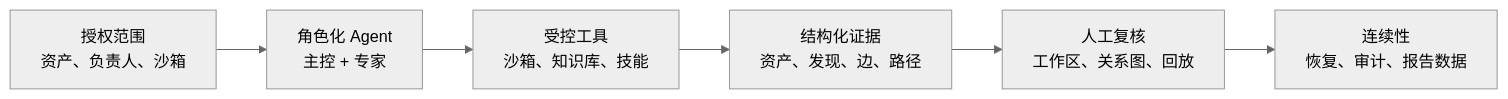
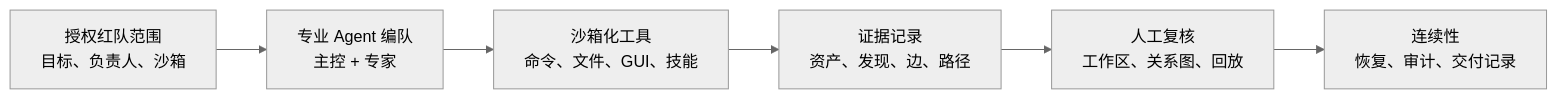
Before and after one commit to MolTau9527/Z3r0: the second of 7 diagrams in README_zh.md, drawn with Mermaid (neutral theme). The commit also changed other lines of this file and 4 other files, not shown here.

````diff
--- a/README_zh.md
+++ b/README_zh.md
@@ -85,8 +87,8 @@
 ```mermaid
 flowchart LR
-  Scope["授权范围<br/>资产、负责人、沙箱"] --> Agents["角色化 Agent<br/>主控 + 专家"]
-  Agents --> Tools["受控工具<br/>沙箱、知识库、技能"]
-  Tools --> Evidence["结构化证据<br/>资产、发现、边、路径"]
+  Scope["授权红队范围<br/>目标、负责人、沙箱"] --> Agents["专业 Agent 编队<br/>主控 + 专家"]
+  Agents --> Tools["沙箱化工具<br/>命令、文件、GUI、技能"]
+  Tools --> Evidence["证据记录<br/>资产、发现、边、路径"]
   Evidence --> Review["人工复核<br/>工作区、关系图、回放"]
-  Review --> Continuity["连续性<br/>恢复、审计、报告数据"]
+  Review --> Continuity["连续性<br/>恢复、审计、交付记录"]
 ```
````
